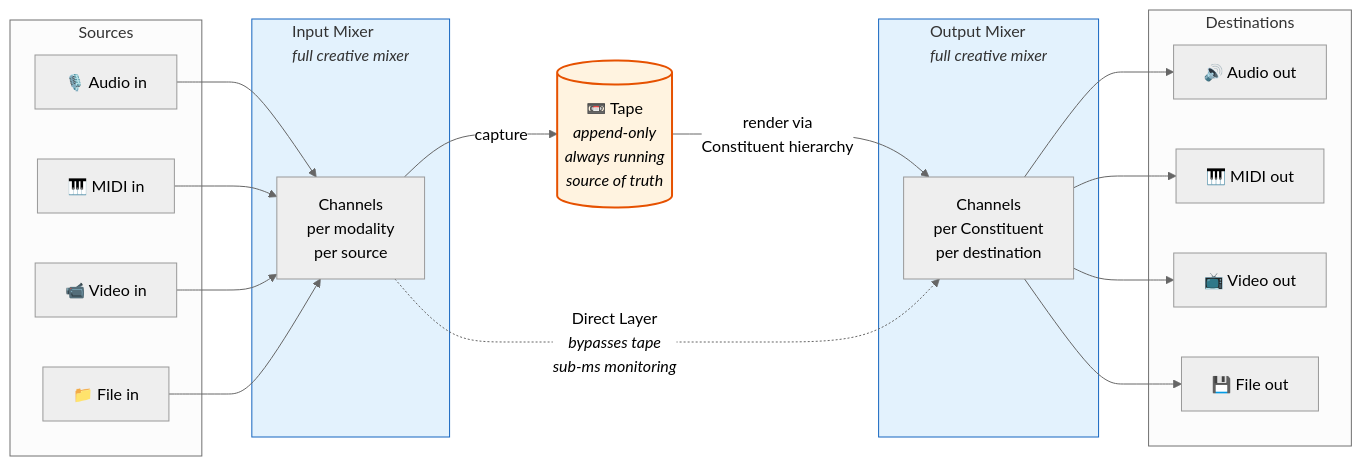
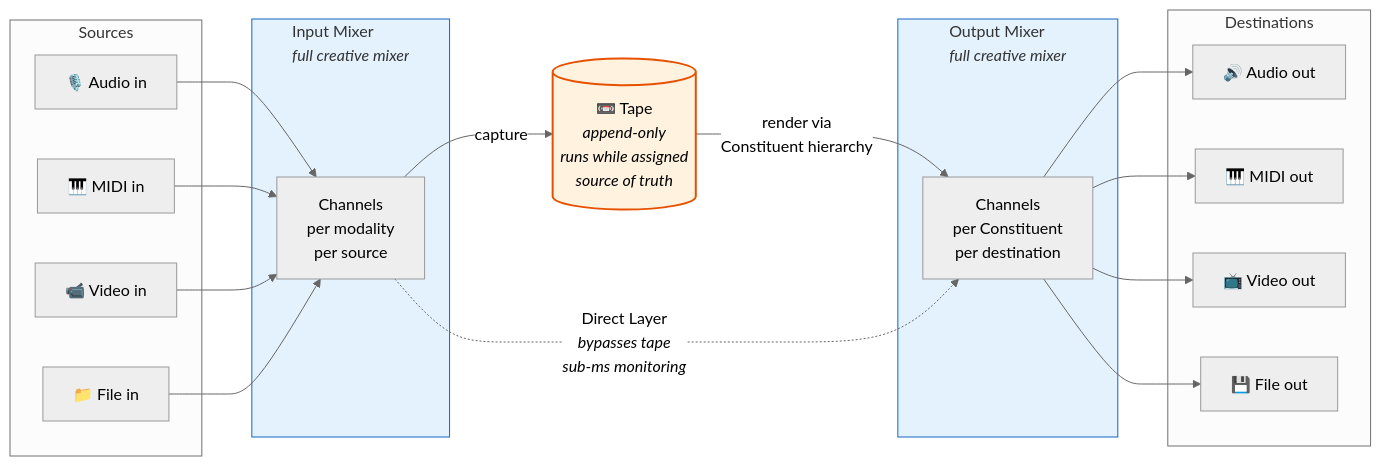
The second of 5 diagrams in docs/IDA_Whitepaper_V10.md (larryseyer/siriuslooper), drawn with Mermaid (neutral theme) before and after one commit. The commit also changed other lines of this file and 1 other file, not shown here.

Commit message:
docs: whitepaper V10 — scope always-running tape to assigned sources (resource-aware capture, §8.1)

````diff
--- a/docs/IDA_Whitepaper_V10.md
+++ b/docs/IDA_Whitepaper_V10.md
@@ -430,45 +430,45 @@
 ```mermaid
 flowchart LR
     subgraph SRC["Sources"]
         AI["🎙️ Audio in"]
         MI["🎹 MIDI in"]
         VI["📹 Video in"]
         FI["📁 File in"]
     end
 
     subgraph IM["Input Mixer<br/><i>full creative mixer</i>"]
         ICH["Channels<br/>per modality<br/>per source"]
     end
 
-    TAPE[("📼 Tape<br/><i>append-only<br/>always running<br/>source of truth</i>")]
+    TAPE[("📼 Tape<br/><i>append-only<br/>runs while assigned<br/>source of truth</i>")]
 
     subgraph OM["Output Mixer<br/><i>full creative mixer</i>"]
         OCH["Channels<br/>per Constituent<br/>per destination"]
     end
 
     subgraph DST["Destinations"]
         AO["🔊 Audio out"]
         MO["🎹 MIDI out"]
         VO["📺 Video out"]
         FO["💾 File out"]
     end
 
     AI --> ICH
     MI --> ICH
     VI --> ICH
     FI --> ICH
 
     ICH -->|capture| TAPE
     TAPE -->|render via<br/>Constituent hierarchy| OCH
 
     OCH --> AO
     OCH --> MO
     OCH --> VO
     OCH --> FO
 
     ICH -.->|Direct Layer<br/><i>bypasses tape<br/>sub-ms monitoring</i>| OCH
 
     style TAPE fill:#fff3e0,stroke:#e65100,stroke-width:2px
     style IM fill:#e3f2fd,stroke:#1565c0
     style OM fill:#e3f2fd,stroke:#1565c0
 ```
````
